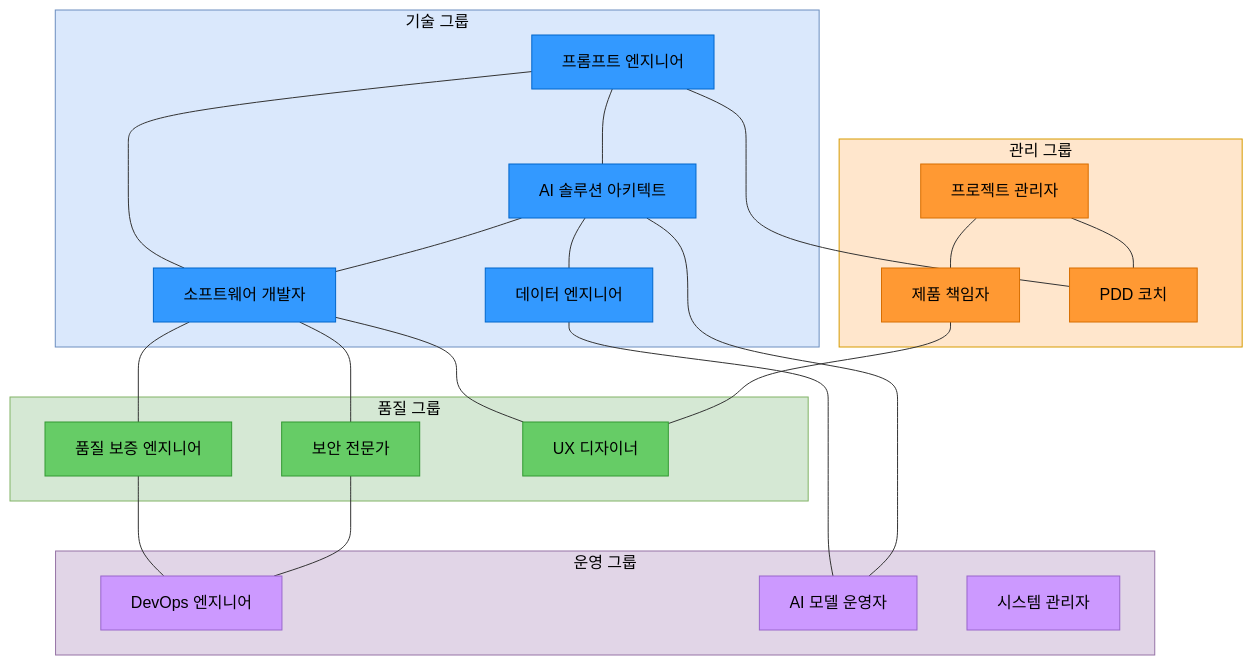
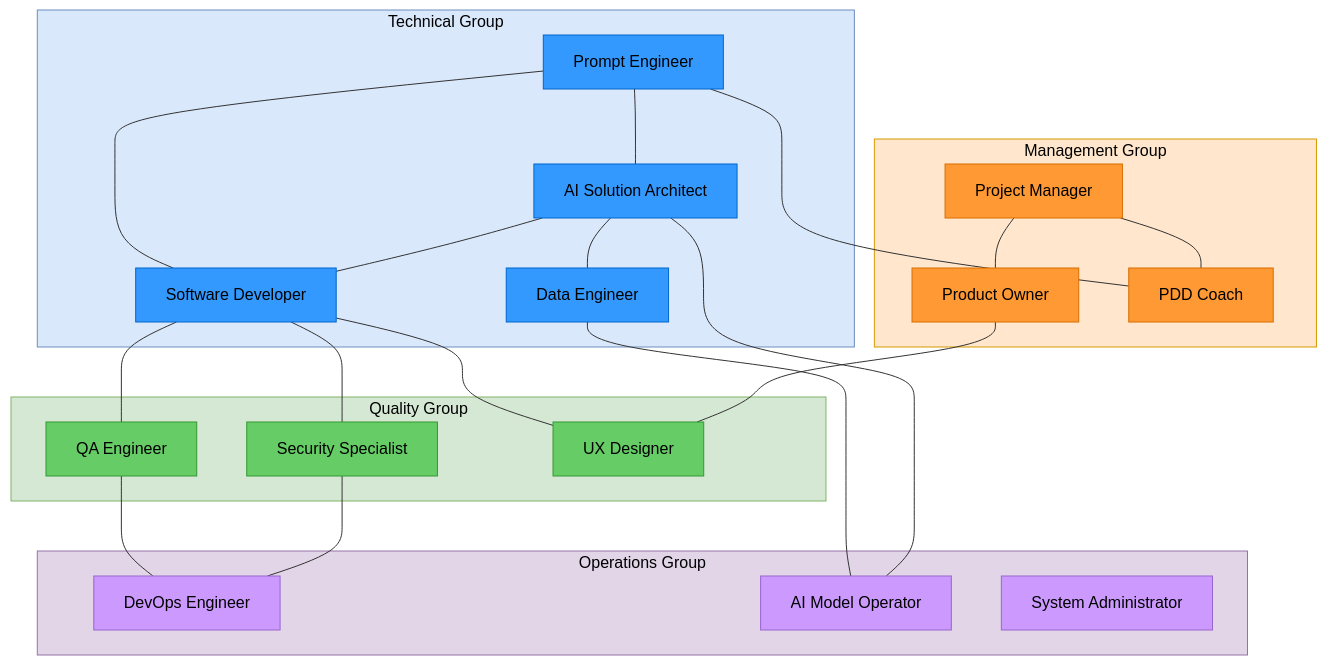
One commit to bbalganjjm/prompt-driven-development changed the fourth of 4 diagrams in 3.prompt-driven-development-methodology-process.md. Above: the diagram before and after it, drawn with Mermaid. The commit also changed other lines of this file and 4 other files, not shown here.

````diff
--- a/3.prompt-driven-development-methodology-process.md
+++ b/3.prompt-driven-development-methodology-process.md
@@ -421,76 +430,71 @@
 ```mermaid
 graph TD
-    PM[프로젝트 관리자] --- PO[제품 책임자]
-    PM --- PDDC[PDD 코치]
-    
-    PE[프롬프트 엔지니어] --- PDDC
-    PE --- AISA[AI 솔루션 아키텍트]
-    PE --- SD[소프트웨어 개발자]
-    
+    PM[Project Manager] --- PO[Product Owner]
+    PM --- PDDC[PDD Coach]
+
+    PE[Prompt Engineer] --- PDDC
+    PE --- AISA[AI Solution Architect]
+    PE --- SD[Software Developer]
+
     AISA --- SD
-    AISA --- DE[데이터 엔지니어]
-    
-    SD --- QAE[품질 보증 엔지니어]
-    SD --- SE[보안 전문가]
-    
-    QAE --- DEVOPS[DevOps 엔지니어]
+    AISA --- DE[Data Engineer]
+
+    SD --- QAE[QA Engineer]
+    SD --- SE[Security Specialist]
+
+    QAE --- DEVOPS[DevOps Engineer]
     SE --- DEVOPS
-    
-    DE --- AIOPS[AI 모델 운영자]
+
+    DE --- AIOPS[AI Model Operator]
     AISA --- AIOPS
-    
-    subgraph 관리_그룹[관리 그룹]
+
+    subgraph Management_Group[Management Group]
     PM
     PO
     PDDC
     end
-    
-    subgraph 기술_그룹[기술 그룹]
+
+    subgraph Technical_Group[Technical Group]
     PE
     AISA
     SD
     DE
     end
-    
-    subgraph 품질_그룹[품질 그룹]
+
+    subgraph Quality_Group[Quality Group]
     QAE
     SE
-    UXD[UX 디자이너]
+    UXD[UX Designer]
     end
-    
-    subgraph 운영_그룹[운영 그룹]
+
+    subgraph Operations_Group[Operations Group]
     DEVOPS
-    SYSADM[시스템 관리자]
+    SYSADM[System Administrator]
     AIOPS
     end
-    
+
     SD --- UXD
     PO --- UXD
-    
-    %% 그룹 스타일
-    style 관리_그룹 fill:#ffe6cc,color:#000000,stroke:#d79b00,stroke-width:1px
-    style 기술_그룹 fill:#dae8fc,color:#000000,stroke:#6c8ebf,stroke-width:1px
-    style 품질_그룹 fill:#d5e8d4,color:#000000,stroke:#82b366,stroke-width:1px
-    style 운영_그룹 fill:#e1d5e7,color:#000000,stroke:#9673a6,stroke-width:1px
-    
-    %% 노드 스타일 - 관리 그룹
+
+    style Management_Group fill:#ffe6cc,color:#000000,stroke:#d79b00,stroke-width:1px
+    style Technical_Group fill:#dae8fc,color:#000000,stroke:#6c8ebf,stroke-width:1px
+    style Quality_Group fill:#d5e8d4,color:#000000,stroke:#82b366,stroke-width:1px
+    style Operations_Group fill:#e1d5e7,color:#000000,stroke:#9673a6,stroke-width:1px
+
     style PM fill:#ff9933,color:#000000,stroke:#d86e00,stroke-width:1px
     style PO fill:#ff9933,color:#000000,stroke:#d86e00,stroke-width:1px
     style PDDC fill:#ff9933,color:#000000,stroke:#d86e00,stroke-width:1px
-    
-    %% 노드 스타일 - 기술 그룹
+
     style PE fill:#3399ff,color:#000000,stroke:#0066cc,stroke-width:1px
     style AISA fill:#3399ff,color:#000000,stroke:#0066cc,stroke-width:1px
     style SD fill:#3399ff,color:#000000,stroke:#0066cc,stroke-width:1px
     style DE fill:#3399ff,color:#000000,stroke:#0066cc,stroke-width:1px
-    
-    %% 노드 스타일 - 품질 그룹
+
     style QAE fill:#66cc66,color:#000000,stroke:#339933,stroke-width:1px
     style SE fill:#66cc66,color:#000000,stroke:#339933,stroke-width:1px
     style UXD fill:#66cc66,color:#000000,stroke:#339933,stroke-width:1px
-    
-    %% 노드 스타일 - 운영 그룹
+
     style DEVOPS fill:#cc99ff,color:#000000,stroke:#9966cc,stroke-width:1px
     style SYSADM fill:#cc99ff,color:#000000,stroke:#9966cc,stroke-width:1px
     style AIOPS fill:#cc99ff,color:#000000,stroke:#9966cc,stroke-width:1px
 ```
````
